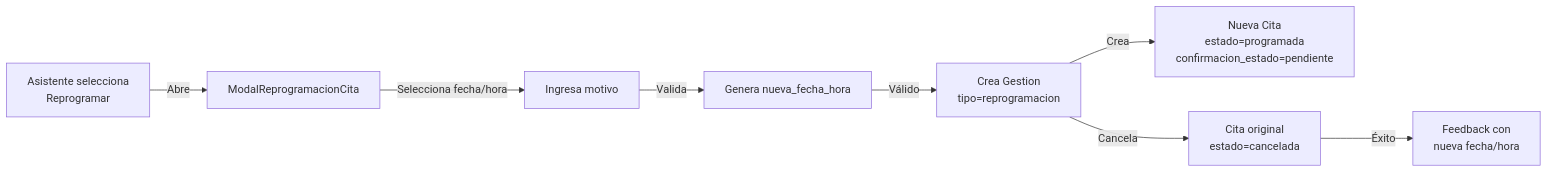
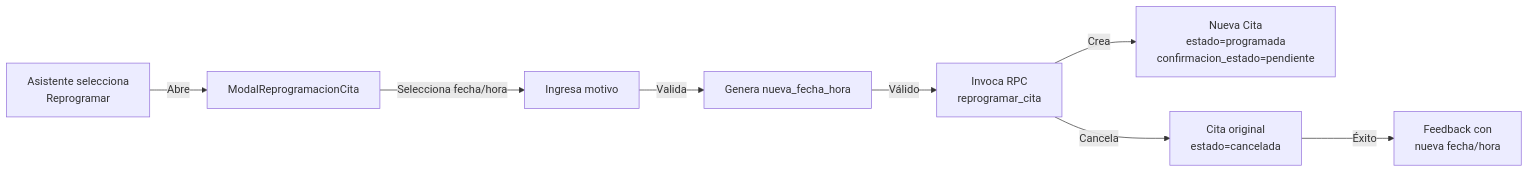
The third of 4 diagrams in sdd/.kiro/specs/gestion-confirmacion-citas/design.md (wmarcia86/dentiflow), drawn with Mermaid before and after one commit. The commit also changed other lines of this file and 9 other files, not shown here.

````diff
--- a/sdd/.kiro/specs/gestion-confirmacion-citas/design.md
+++ b/sdd/.kiro/specs/gestion-confirmacion-citas/design.md
@@ -612,10 +997,10 @@
 ```mermaid
 graph LR
     A["Asistente selecciona<br/>Reprogramar"] -->|Abre| B["ModalReprogramacionCita"]
     B -->|Selecciona fecha/hora| C["Ingresa motivo"]
     C -->|Valida| D["Genera nueva_fecha_hora"]
-    D -->|Válido| E["Crea Gestion<br/>tipo=reprogramacion"]
+    D -->|Válido| E["Invoca RPC<br/>reprogramar_cita"]
     E -->|Crea| F["Nueva Cita<br/>estado=programada<br/>confirmacion_estado=pendiente"]
     E -->|Cancela| G["Cita original<br/>estado=cancelada"]
     G -->|Éxito| H["Feedback con<br/>nueva fecha/hora"]
 ```
````
